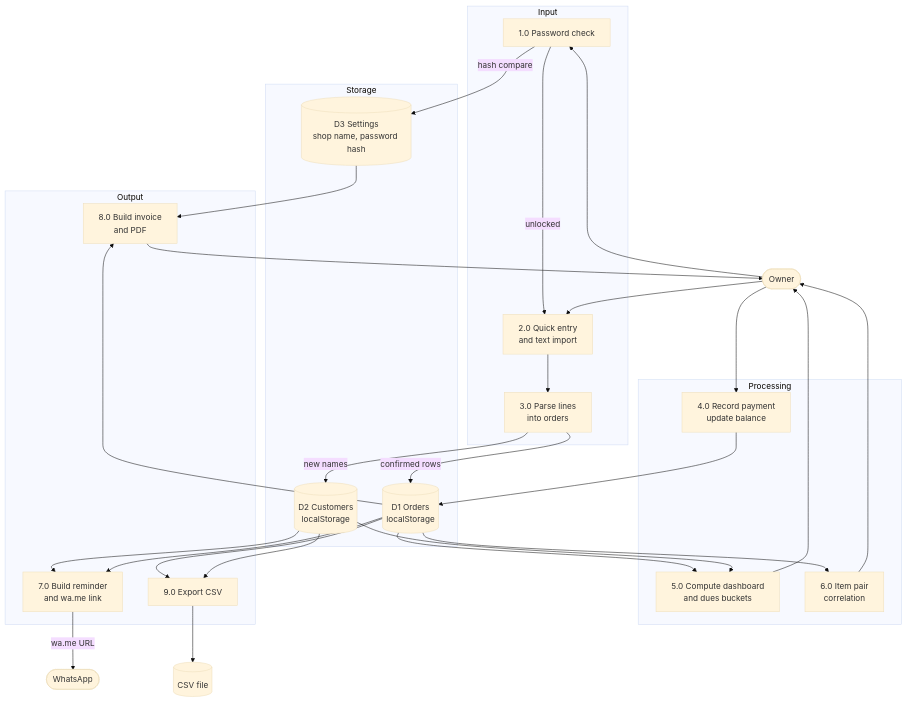
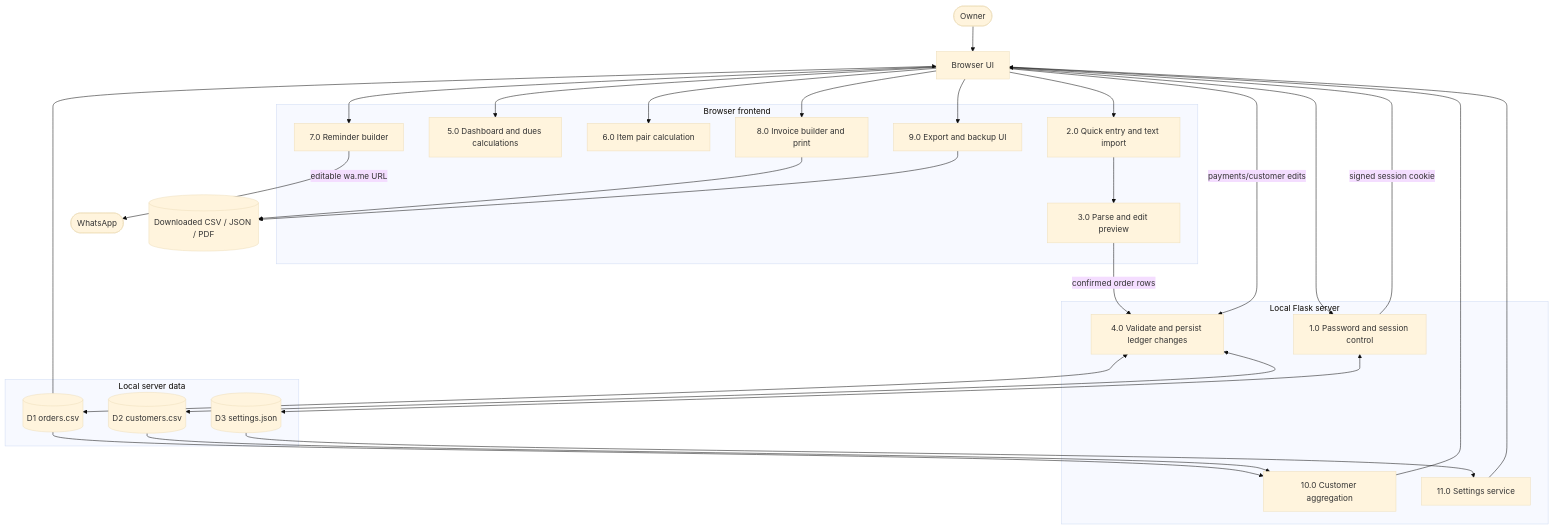
The second of 2 diagrams in DFD.md (Aaradhya1998/AutoKhata-), drawn with Mermaid (base theme) before and after one commit. The commit also changed other lines of this file and 2 other files, not shown here.

````diff
--- a/DFD.md
+++ b/DFD.md
@@ -25,50 +31,58 @@
 ```mermaid
 flowchart TB
-    subgraph Input
-        P1[1.0 Password check]
-        P2[2.0 Quick entry<br/>and text import]
-        P3[3.0 Parse lines<br/>into orders]
+    Owner([Owner])
+    Browser[Browser UI]
+    WA([WhatsApp])
+    Download[(Downloaded CSV / JSON / PDF)]
+
+    subgraph Client[Browser frontend]
+        P2[2.0 Quick entry and text import]
+        P3[3.0 Parse and edit preview]
+        P5[5.0 Dashboard and dues calculations]
+        P6[6.0 Item pair calculation]
+        P7[7.0 Reminder builder]
+        P8[8.0 Invoice builder and print]
+        P9[9.0 Export and backup UI]
     end
 
-    subgraph Storage
-        D1[(D1 Orders<br/>localStorage)]
-        D2[(D2 Customers<br/>localStorage)]
-        D3[(D3 Settings<br/>shop name, password hash)]
+    subgraph Server[Local Flask server]
+        P1[1.0 Password and session control]
+        P4[4.0 Validate and persist ledger changes]
+        P10[10.0 Customer aggregation]
+        P11[11.0 Settings service]
     end
 
-    subgraph Processing
-        P4[4.0 Record payment<br/>update balance]
-        P5[5.0 Compute dashboard<br/>and dues buckets]
-        P6[6.0 Item pair<br/>correlation]
+    subgraph Storage[Local server data]
+        D1[(D1 orders.csv)]
+        D2[(D2 customers.csv)]
+        D3[(D3 settings.json)]
     end
 
-    subgraph Output
-        P7[7.0 Build reminder<br/>and wa.me link]
-        P8[8.0 Build invoice<br/>and PDF]
-        P9[9.0 Export CSV]
-    end
+    Owner --> Browser
+    Browser --> P1
+    P1 <--> D3
+    P1 -- signed session cookie --> Browser
 
-    Owner([Owner]) --> P1
-    P1 -- hash compare --> D3
-    P1 -- unlocked --> P2
-    Owner --> P2
+    Browser --> P2
     P2 --> P3
-    P3 -- confirmed rows --> D1
-    P3 -- new names --> D2
-    Owner --> P4
-    P4 --> D1
-    D1 --> P5
-    D2 --> P5
-    D1 --> P6
-    P5 --> Owner
-    P6 --> Owner
-    D2 --> P7
-    D1 --> P7
-    P7 -- wa.me URL --> WA([WhatsApp])
-    D1 --> P8
-    D3 --> P8
-    P8 --> Owner
-    D1 --> P9
-    D2 --> P9
-    P9 --> CSVFile[(CSV file)]
+    P3 -- confirmed order rows --> P4
+    Browser -- payments/customer edits --> P4
+    P4 <--> D1
+    P4 <--> D2
+
+    D1 --> P10
+    D2 --> P10
+    P10 --> Browser
+    D1 --> Browser
+    D3 --> P11
+    P11 --> Browser
+
+    Browser --> P5
+    Browser --> P6
+    Browser --> P7
+    P7 -- editable wa.me URL --> WA
+    Browser --> P8
+    Browser --> P9
+    P8 --> Download
+    P9 --> Download
 ```
````
